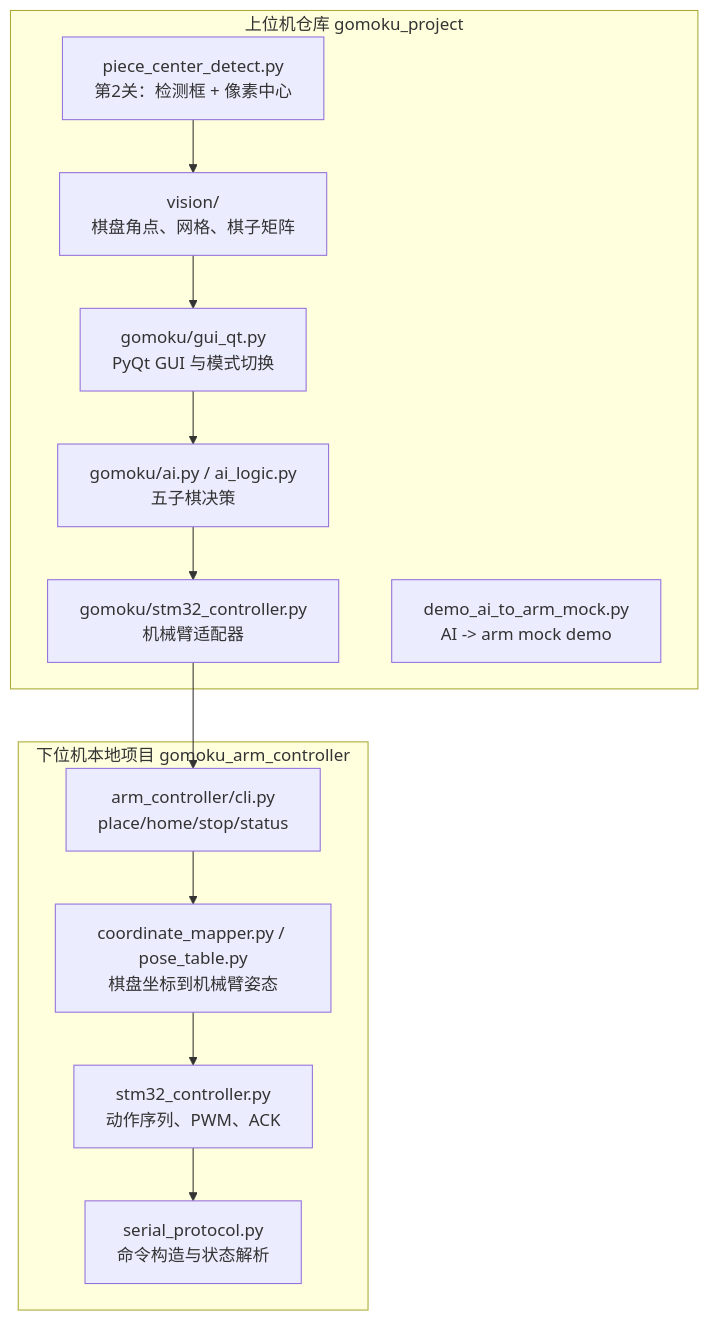
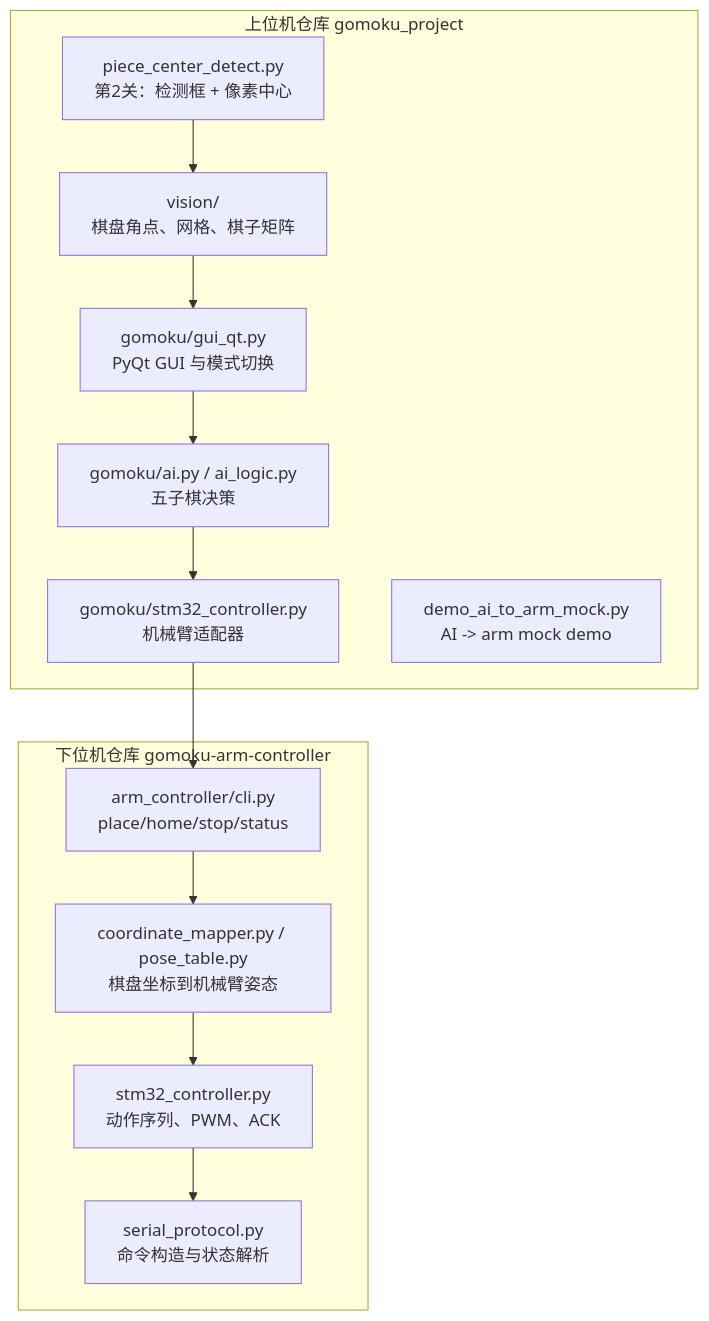
One commit to KITTIYOJIANG/gomoku-robot changed the second of 2 diagrams in docs/portfolio_system_chain.md. Above: the diagram before and after it, drawn with Mermaid. The commit also changed other lines of this file and 2 other files, not shown here.

Commit message:
Update arm controller repository references

````diff
--- a/docs/portfolio_system_chain.md
+++ b/docs/portfolio_system_chain.md
@@ -54,27 +55,27 @@
 ```mermaid
 flowchart TB
     subgraph Host["上位机仓库 gomoku_project"]
         V1["piece_center_detect.py<br/>第2关：检测框 + 像素中心"]
         V2["vision/<br/>棋盘角点、网格、棋子矩阵"]
         GUI["gomoku/gui_qt.py<br/>PyQt GUI 与模式切换"]
         AI["gomoku/ai.py / ai_logic.py<br/>五子棋决策"]
         ADP["gomoku/stm32_controller.py<br/>机械臂适配器"]
         DEMO["demo_ai_to_arm_mock.py<br/>AI -> arm mock demo"]
     end
 
-    subgraph Arm["下位机本地项目 gomoku_arm_controller"]
+    subgraph Arm["下位机仓库 gomoku-arm-controller"]
         CLI["arm_controller/cli.py<br/>place/home/stop/status"]
         MAP["coordinate_mapper.py / pose_table.py<br/>棋盘坐标到机械臂姿态"]
         STM["stm32_controller.py<br/>动作序列、PWM、ACK"]
         PROTO["serial_protocol.py<br/>命令构造与状态解析"]
     end
 
     V1 --> V2
     V2 --> GUI
     GUI --> AI
     AI --> ADP
     ADP --> CLI
     CLI --> MAP
     MAP --> STM
     STM --> PROTO
 ```
````
